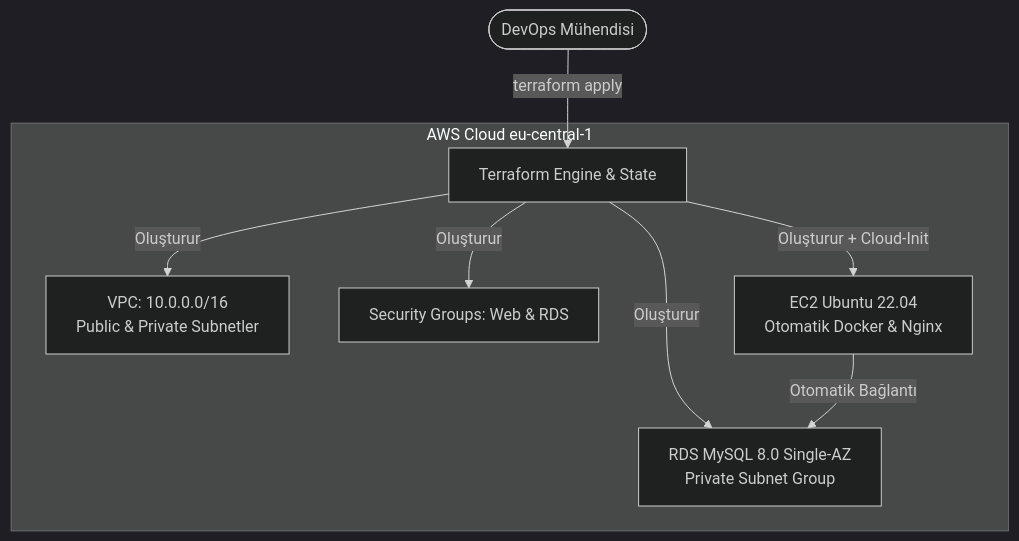
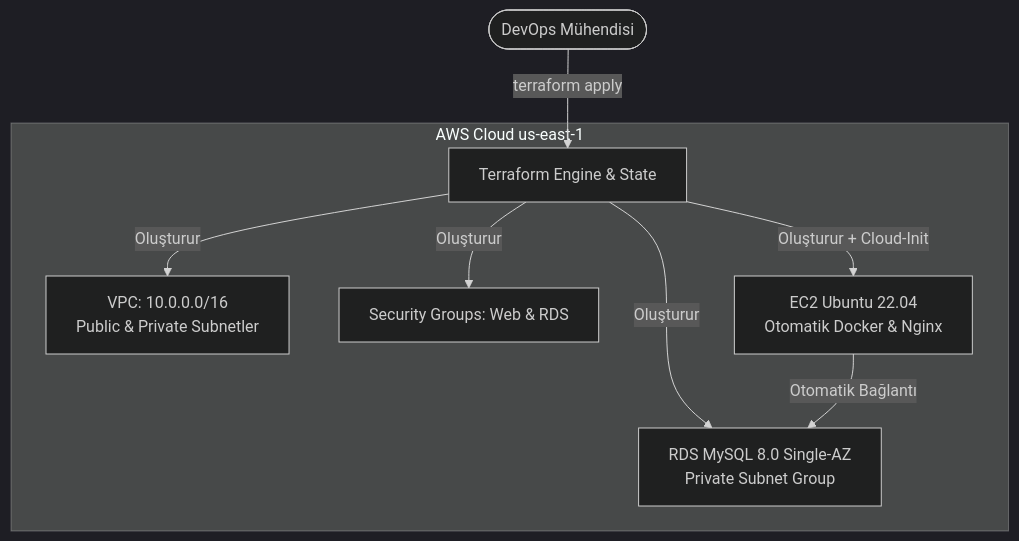
One commit to devopsatolyesi-labs/novashop changed the diagram in labs/LAB-12/README.md. Above: the diagram before and after it, drawn with Mermaid (dark theme). The commit also changed other lines of this file and 2 other files, not shown here.

Commit message:
fix(aws): standardize default region to us-east-1 across LAB-12, LAB-13, and LAB-14

````diff
--- a/labs/LAB-12/README.md
+++ b/labs/LAB-12/README.md
@@ -31,13 +31,13 @@
 ```mermaid
 graph TD
     Engineer([DevOps Mühendisi]) -->|terraform apply| TF[Terraform Engine & State]
 
-    subgraph AWS Cloud eu-central-1
+    subgraph AWS Cloud us-east-1
         TF -->|Oluşturur| VPC[VPC: 10.0.0.0/16<br/>Public & Private Subnetler]
         TF -->|Oluşturur| SG[Security Groups: Web & RDS]
         TF -->|Oluşturur + Cloud-Init| EC2[EC2 Ubuntu 22.04<br/>Otomatik Docker & Nginx]
         TF -->|Oluşturur| RDS[RDS MySQL 8.0 Single-AZ<br/>Private Subnet Group]
     end
 
     EC2 -->|Otomatik Bağlantı| RDS
 ```
````
